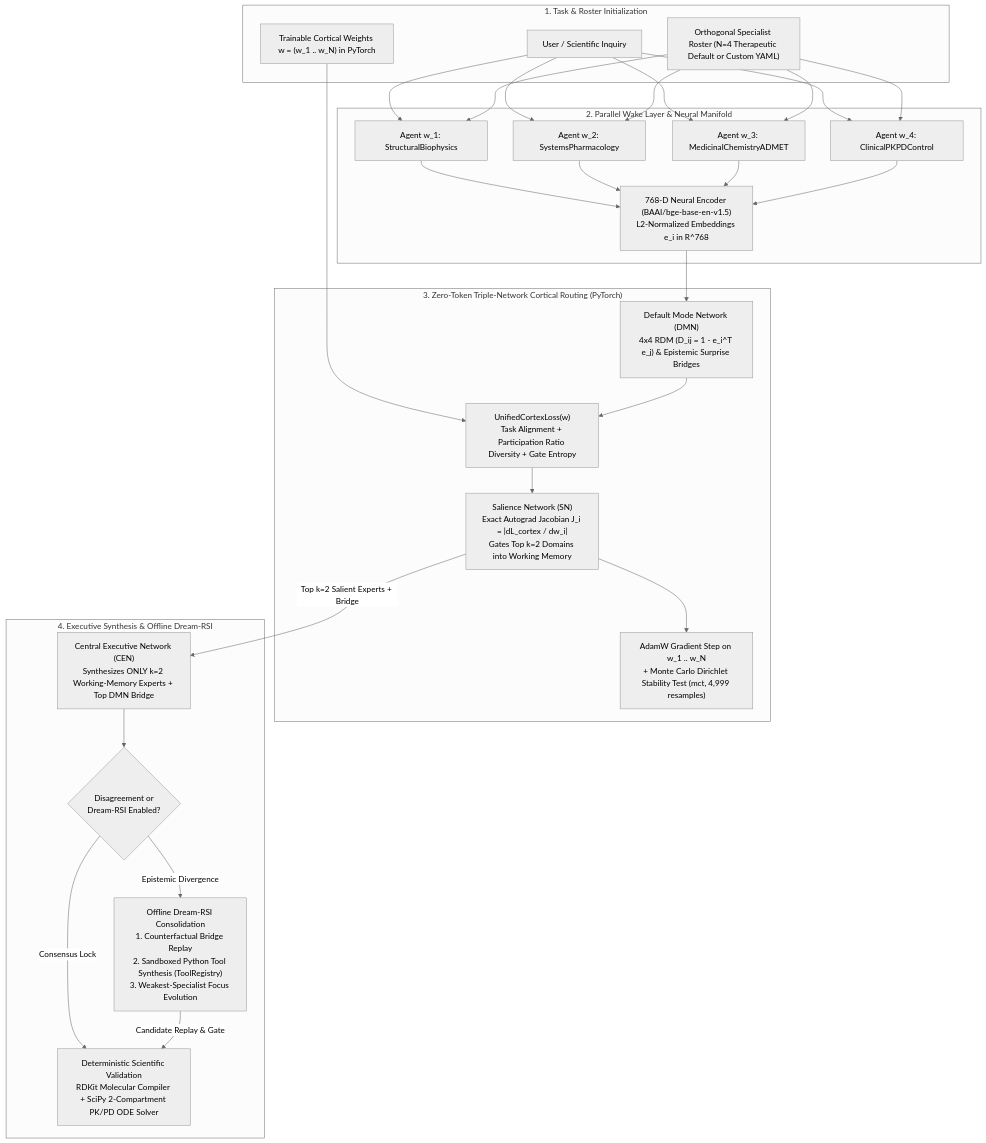
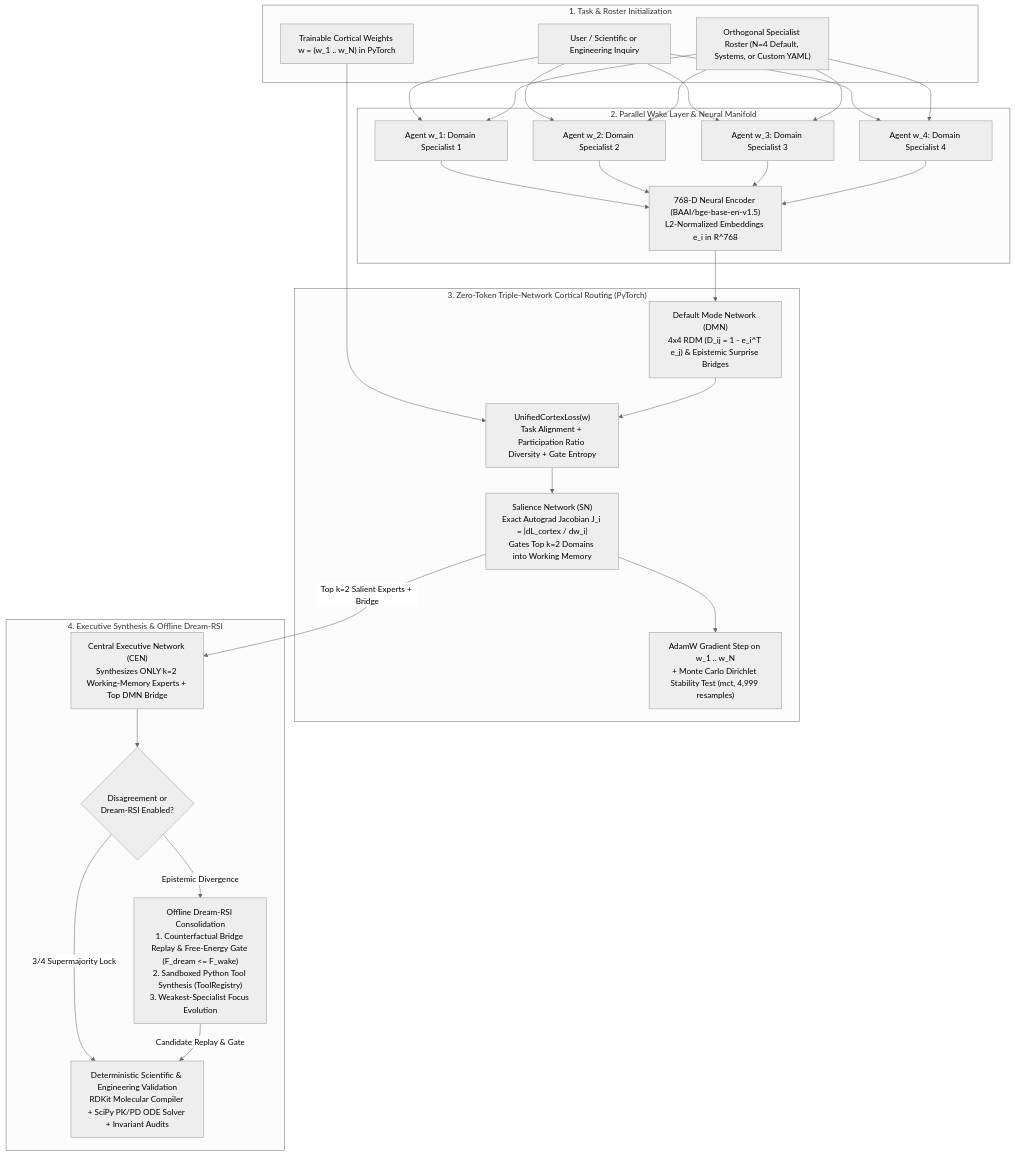
Before and after one commit to prannesshkva/Ael-Agents: the diagram in README.md, drawn with Mermaid (neutral theme). The commit also changed other lines of this file and 6 other files, not shown here.

Commit message:
Add comprehensive MCP client setup, API key guide, Dream-RSI cookbook, and 4th benchmark suite

````diff
--- a/README.md
+++ b/README.md
@@ -49,44 +69,44 @@
 ```mermaid
 flowchart TB
     subgraph INPUT["1. Task & Roster Initialization"]
-        Q["User / Scientific Inquiry"]
-        R["Orthogonal Specialist Roster (N=4 Therapeutic Default or Custom YAML)"]
+        Q["User / Scientific or Engineering Inquiry"]
+        R["Orthogonal Specialist Roster (N=4 Default, Systems, or Custom YAML)"]
         W["Trainable Cortical Weights w = (w_1 .. w_N) in PyTorch"]
     end
 
     subgraph WAKE["2. Parallel Wake Layer & Neural Manifold"]
-        A1["Agent w_1: StructuralBiophysics"]
-        A2["Agent w_2: SystemsPharmacology"]
-        A3["Agent w_3: MedicinalChemistryADMET"]
-        A4["Agent w_4: ClinicalPKPDControl"]
+        A1["Agent w_1: Domain Specialist 1"]
+        A2["Agent w_2: Domain Specialist 2"]
+        A3["Agent w_3: Domain Specialist 3"]
+        A4["Agent w_4: Domain Specialist 4"]
         ENC["768-D Neural Encoder (BAAI/bge-base-en-v1.5)\nL2-Normalized Embeddings e_i in R^768"]
     end
 
     subgraph CORTEX["3. Zero-Token Triple-Network Cortical Routing (PyTorch)"]
         DMN["Default Mode Network (DMN)\n4x4 RDM (D_ij = 1 - e_i^T e_j) & Epistemic Surprise Bridges"]
         LOSS["UnifiedCortexLoss(w)\nTask Alignment + Participation Ratio Diversity + Gate Entropy"]
         SN["Salience Network (SN)\nExact Autograd Jacobian J_i = |dL_cortex / dw_i|\nGates Top k=2 Domains into Working Memory"]
         OPT["AdamW Gradient Step on w_1 .. w_N\n+ Monte Carlo Dirichlet Stability Test (mct, 4,999 resamples)"]
     end
 
     subgraph EXEC["4. Executive Synthesis & Offline Dream-RSI"]
         CEN["Central Executive Network (CEN)\nSynthesizes ONLY k=2 Working-Memory Experts + Top DMN Bridge"]
         GATE{"Disagreement or\nDream-RSI Enabled?"}
-        DREAM["Offline Dream-RSI Consolidation\n1. Counterfactual Bridge Replay\n2. Sandboxed Python Tool Synthesis (ToolRegistry)\n3. Weakest-Specialist Focus Evolution"]
-        VAL["Deterministic Scientific Validation\nRDKit Molecular Compiler + SciPy 2-Compartment PK/PD ODE Solver"]
+        DREAM["Offline Dream-RSI Consolidation\n1. Counterfactual Bridge Replay & Free-Energy Gate (F_dream <= F_wake)\n2. Sandboxed Python Tool Synthesis (ToolRegistry)\n3. Weakest-Specialist Focus Evolution"]
+        VAL["Deterministic Scientific & Engineering Validation\nRDKit Molecular Compiler + SciPy PK/PD ODE Solver + Invariant Audits"]
     end
 
     Q --> A1 & A2 & A3 & A4
     R --> A1 & A2 & A3 & A4
     A1 & A2 & A3 & A4 --> ENC
     ENC --> DMN
     W --> LOSS
     DMN --> LOSS
     LOSS --> SN
     SN --> OPT
     SN -->|"Top k=2 Salient Experts + Bridge"| CEN
     CEN --> GATE
-    GATE -->|"Consensus Lock"| VAL
+    GATE -->|"3/4 Supermajority Lock"| VAL
     GATE -->|"Epistemic Divergence"| DREAM
     DREAM -->|"Candidate Replay & Gate"| VAL
 ```
````
